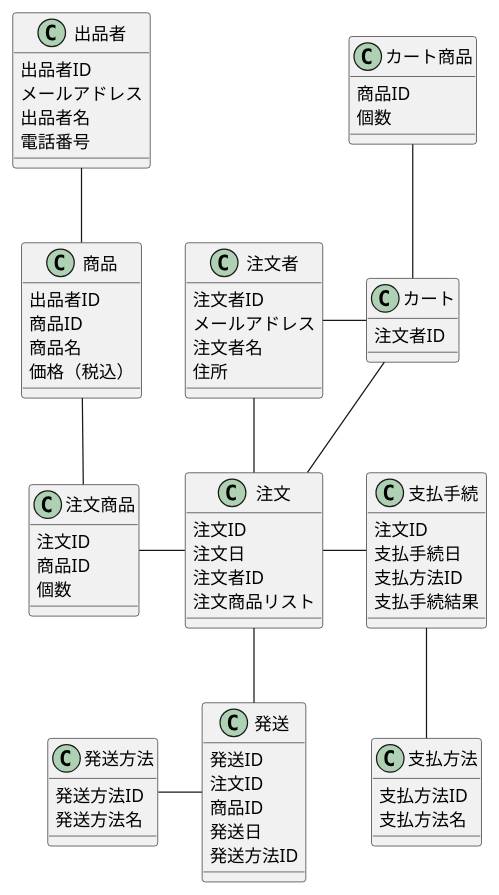
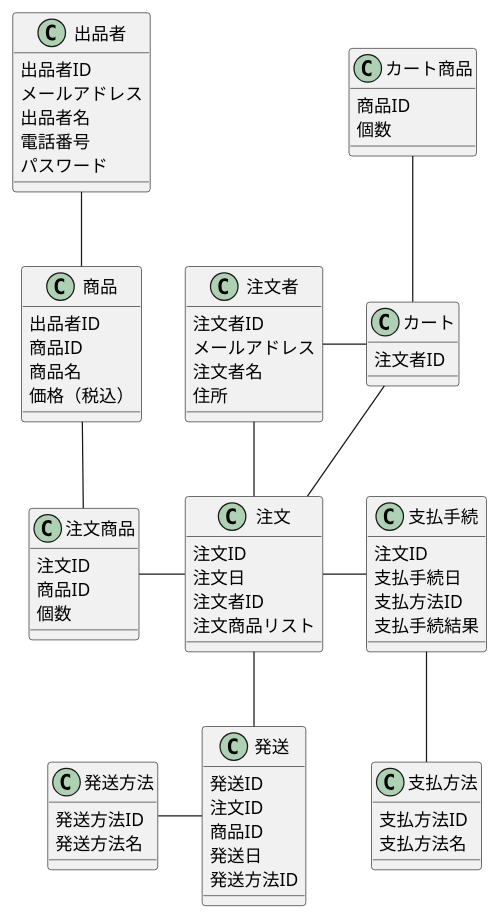
The second of 2 diagrams in doc/ショッピングサイト概要.md (k-ookawara/sample-shopping-site), drawn with PlantUML before and after one commit. The commit also changed 1 other file, not shown here.

Commit message:
資料を修正。

```diff
--- a/doc/ショッピングサイト概要.md
+++ b/doc/ショッピングサイト概要.md
@@ -46,71 +46,72 @@
 @startuml
 class 出品者 {
   出品者ID
   メールアドレス
   出品者名
   電話番号
+  パスワード
 }
 class 商品 {
   出品者ID
   商品ID
   商品名
   価格（税込）
 }
 class 注文者 {
   注文者ID
   メールアドレス
   注文者名
   住所
 }
 class カート {
   注文者ID
 }
 class カート商品 {
   商品ID
   個数
 }
 class 注文 {
   注文ID
   注文日
   注文者ID
   注文商品リスト
 }
 class 注文商品 {
   注文ID
   商品ID
   個数
 }
 class 支払手続 {
   注文ID
   支払手続日
   支払方法ID
   支払手続結果
 }
 class 支払方法 {
   支払方法ID
   支払方法名
 }
 class 発送 {
   発送ID
   注文ID
   商品ID
   発送日
   発送方法ID
 }
 class 発送方法 {
   発送方法ID
   発送方法名
 }
 
 出品者  --  商品
 注文者 -- 注文
 注文 -left- 注文商品
 商品 -- 注文商品
 注文 -- 発送
 注文 -right- 支払手続
 カート -left- 注文者
 カート -right- 注文
 カート -up- カート商品
 支払手続 -- 支払方法
 発送 -left- 発送方法
 @enduml
```
